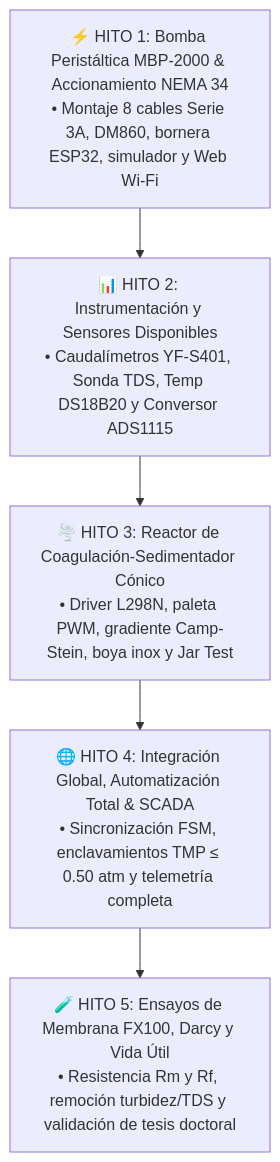
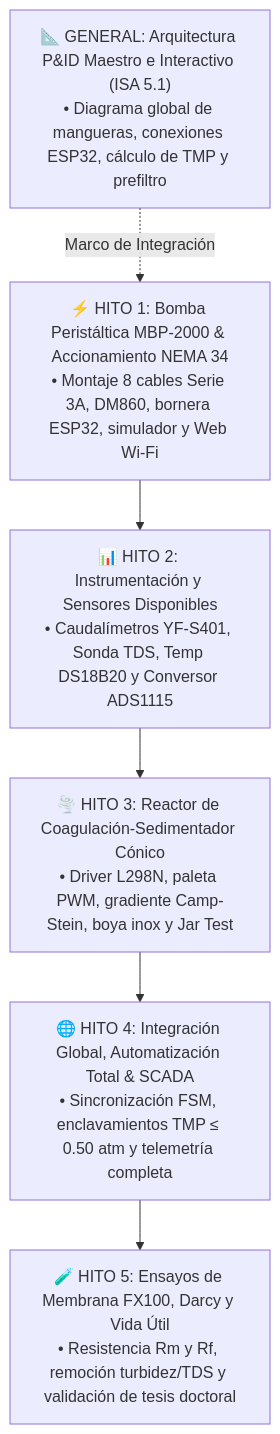
One commit to enzoocorte/Planta-Ultrafiltracion changed the diagram in MANUAL_GENERAL_Y_GUIA_DE_NAVEGACION.md. Above: the diagram before and after it, drawn with Mermaid. The commit also changed other lines of this file and 4 other files, not shown here.

Commit message:
Arquitectura General: Creacion de 00_General_y_P_ID_Planta con plano maestro ISA 5.1, evaluacion de ingenieria y simulador interactivo

````diff
--- a/MANUAL_GENERAL_Y_GUIA_DE_NAVEGACION.md
+++ b/MANUAL_GENERAL_Y_GUIA_DE_NAVEGACION.md
@@ -21,7 +21,8 @@
 ```mermaid
 flowchart TD
+    P_ID["📐 GENERAL: Arquitectura P&ID Maestro e Interactivo (ISA 5.1)<br>• Diagrama global de mangueras, conexiones ESP32, cálculo de TMP y prefiltro"] -. Marco de Integración .-> H1
     H1["⚡ HITO 1: Bomba Peristáltica MBP-2000 & Accionamiento NEMA 34<br>• Montaje 8 cables Serie 3A, DM860, bornera ESP32, simulador y Web Wi-Fi"] --> H2["📊 HITO 2: Instrumentación y Sensores Disponibles<br>• Caudalímetros YF-S401, Sonda TDS, Temp DS18B20 y Conversor ADS1115"]
     H2 --> H3["🌪️ HITO 3: Reactor de Coagulación-Sedimentador Cónico<br>• Driver L298N, paleta PWM, gradiente Camp-Stein, boya inox y Jar Test"]
     H3 --> H4["🌐 HITO 4: Integración Global, Automatización Total & SCADA<br>• Sincronización FSM, enclavamientos TMP ≤ 0.50 atm y telemetría completa"]
     H4 --> H5["🧪 HITO 5: Ensayos de Membrana FX100, Darcy y Vida Útil<br>• Resistencia Rm y Rf, remoción turbidez/TDS y validación de tesis doctoral"]
 ```
````
